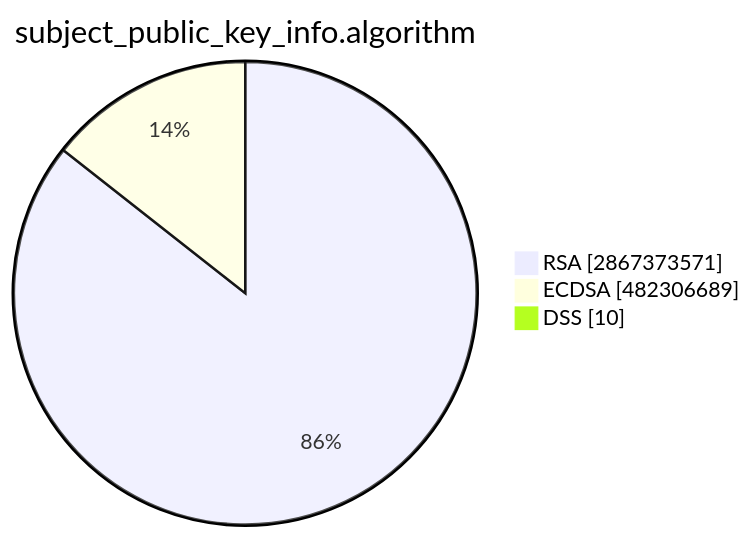
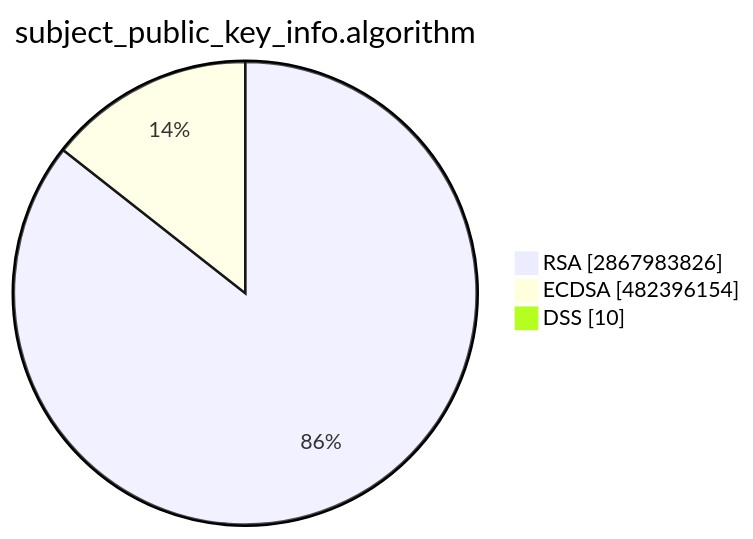
One commit to christiankrug/ctmonitor_visualization changed the second of 15 diagrams in TOTAL/README.md. Above: the diagram before and after it, drawn with Mermaid. The commit also changed other lines of this file, not shown here.

````diff
--- a/TOTAL/README.md
+++ b/TOTAL/README.md
@@ -6,7 +6,7 @@
 ```mermaid
 pie showData
 title subject_public_key_info.algorithm
-"RSA" :2867373571
-"ECDSA" :482306689
+"RSA" :2867983826
+"ECDSA" :482396154
 "DSS" :10
 ```
````
